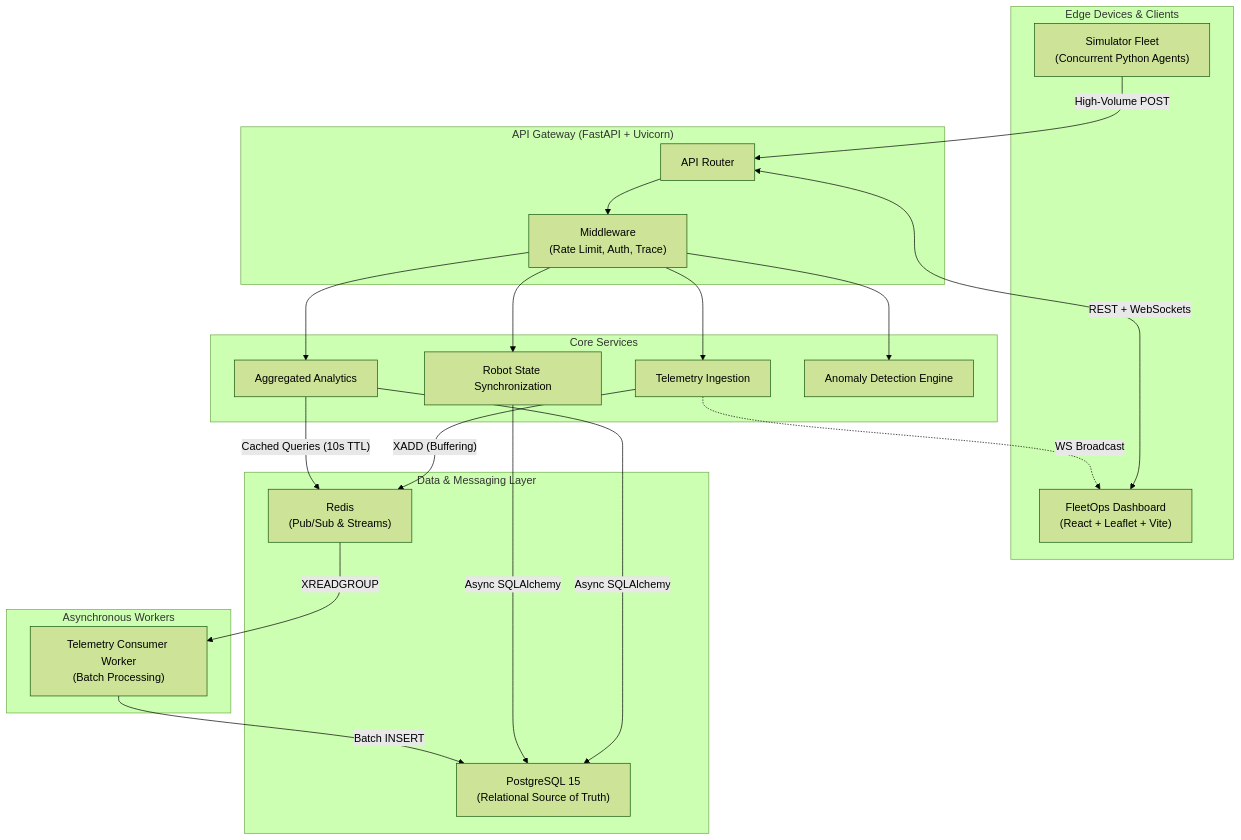
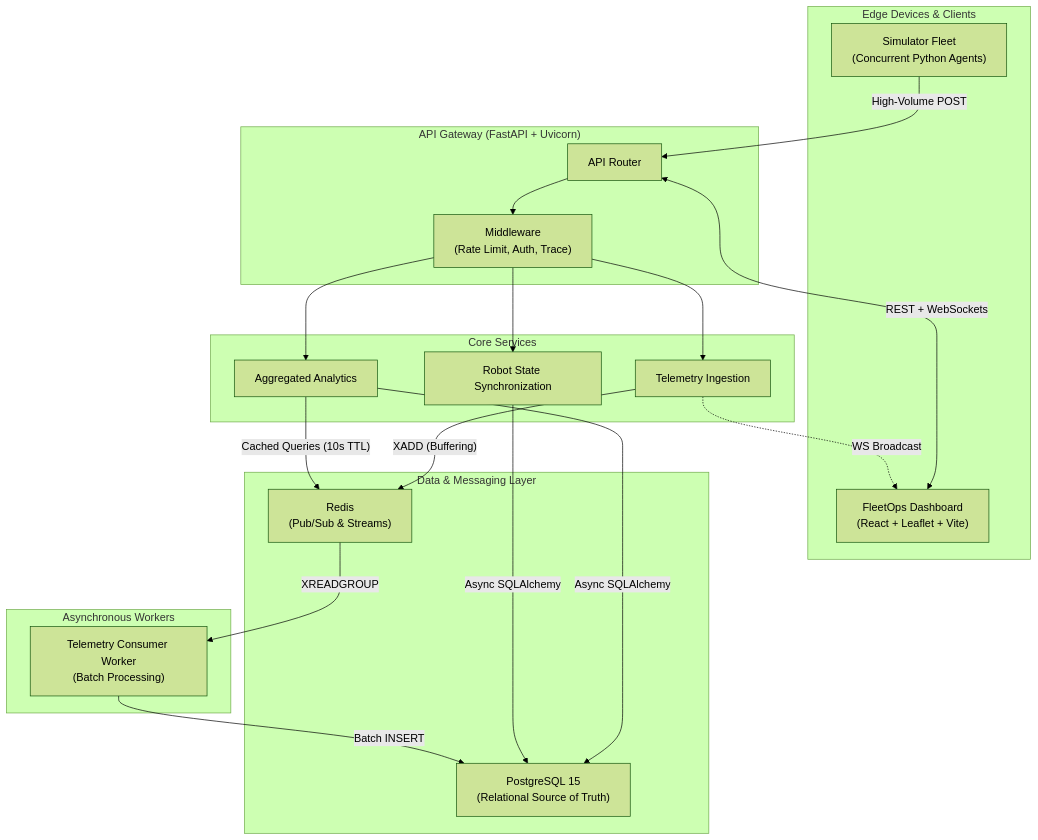
Before and after one commit to colin-110/robot-fleet-platform: the first of 2 diagrams in README.md, drawn with Mermaid (forest theme). The commit also changed other lines of this file and 39 other files, not shown here.

````diff
--- a/README.md
+++ b/README.md
@@ -53,41 +49,40 @@
 ```mermaid
 graph TB
   subgraph "Edge Devices & Clients"
     SIM["Simulator Fleet\n(Concurrent Python Agents)"]
     DASH["FleetOps Dashboard\n(React + Leaflet + Vite)"]
   end
 
   subgraph "API Gateway (FastAPI + Uvicorn)"
     API["API Router"]
     MW["Middleware\n(Rate Limit, Auth, Trace)"]
   end
 
   subgraph "Core Services"
     SVC_T["Telemetry Ingestion"]
     SVC_R["Robot State Synchronization"]
     SVC_A["Aggregated Analytics"]
-    SVC_ML["Anomaly Detection Engine"]
   end
 
   subgraph "Data & Messaging Layer"
     CACHE["Redis\n(Pub/Sub & Streams)"]
     DB["PostgreSQL 15\n(Relational Source of Truth)"]
   end
   
   subgraph "Asynchronous Workers"
     Worker["Telemetry Consumer Worker\n(Batch Processing)"]
   end
 
   SIM -->|"High-Volume POST"| API
   DASH <-->|"REST + WebSockets"| API
   API --> MW
-  MW --> SVC_T & SVC_R & SVC_A & SVC_ML
+  MW --> SVC_T & SVC_R & SVC_A
 
   SVC_A -->|"Cached Queries (10s TTL)"| CACHE
   SVC_T -->|"XADD (Buffering)"| CACHE
   SVC_T -.->|"WS Broadcast"| DASH
   
   CACHE -->|"XREADGROUP"| Worker
   Worker -->|"Batch INSERT"| DB
   SVC_R & SVC_A -->|"Async SQLAlchemy"| DB
 ```
````
